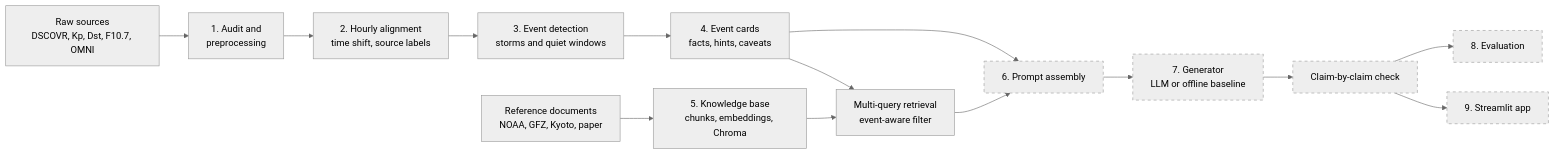
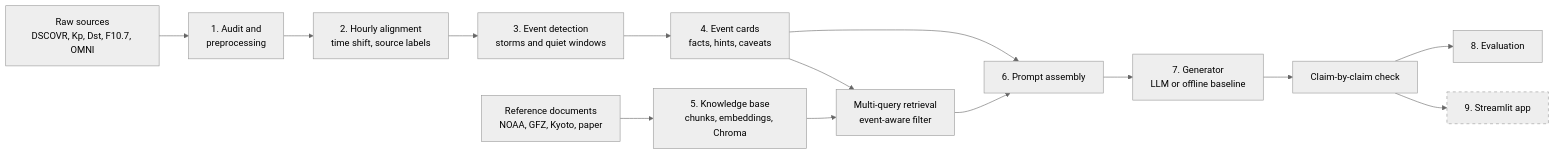
One commit to manasstark/SpaceWeather_GENAI_RAG changed the diagram in docs/architecture.md. Above: the diagram before and after it, drawn with Mermaid (neutral theme). The commit also changed other lines of this file and 120 other files, not shown here.

````diff
--- a/docs/architecture.md
+++ b/docs/architecture.md
@@ -7,22 +7,18 @@
 ```mermaid
 flowchart LR
     A[Raw sources<br/>DSCOVR, Kp, Dst, F10.7, OMNI] --> B[1. Audit and<br/>preprocessing]
     B --> C[2. Hourly alignment<br/>time shift, source labels]
     C --> D[3. Event detection<br/>storms and quiet windows]
     D --> E[4. Event cards<br/>facts, hints, caveats]
     F[Reference documents<br/>NOAA, GFZ, Kyoto, paper] --> G[5. Knowledge base<br/>chunks, embeddings, Chroma]
     E --> H[Multi-query retrieval<br/>event-aware filter]
     G --> H
     E --> I[6. Prompt assembly]
     H --> I
     I --> J[7. Generator<br/>LLM or offline baseline]
     J --> K[Claim-by-claim check]
     K --> L[8. Evaluation]
     K --> M[9. Streamlit app]
     style F fill:#eee
-    style I stroke-dasharray: 5 5
-    style J stroke-dasharray: 5 5
-    style K stroke-dasharray: 5 5
-    style L stroke-dasharray: 5 5
     style M stroke-dasharray: 5 5
 ```
````
